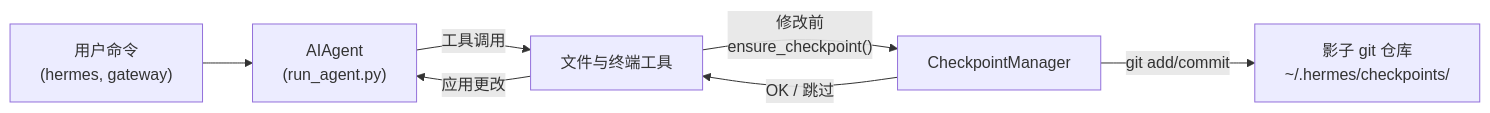
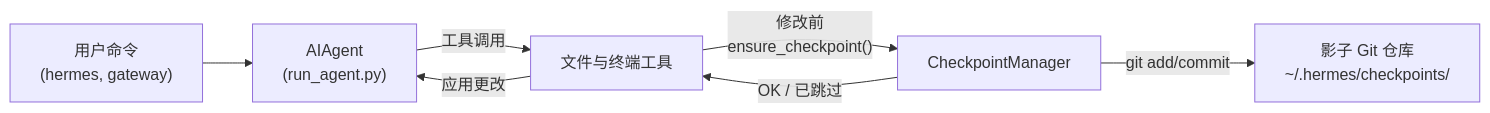
Before and after one commit to lyy0709/hermes-agent-zh: the diagram in translations/docs/user-guide/checkpoints-and-rollback.md, drawn with Mermaid. The commit also changed other lines of this file and 154 other files, not shown here.

````diff
--- a/translations/docs/user-guide/checkpoints-and-rollback.md
+++ b/translations/docs/user-guide/checkpoints-and-rollback.md
@@ -43,15 +43,15 @@
 ```mermaid
 flowchart LR
   user["用户命令\n(hermes, gateway)"]
   agent["AIAgent\n(run_agent.py)"]
   tools["文件与终端工具"]
   cpMgr["CheckpointManager"]
-  shadowRepo["影子 git 仓库\n~/.hermes/checkpoints/<hash>"]
+  shadowRepo["影子 Git 仓库\n~/.hermes/checkpoints/<hash>"]
 
   user --> agent
   agent -->|"工具调用"| tools
   tools -->|"修改前\nensure_checkpoint()"| cpMgr
   cpMgr -->|"git add/commit"| shadowRepo
-  cpMgr -->|"OK / 跳过"| tools
+  cpMgr -->|"OK / 已跳过"| tools
   tools -->|"应用更改"| agent
 ```
````
